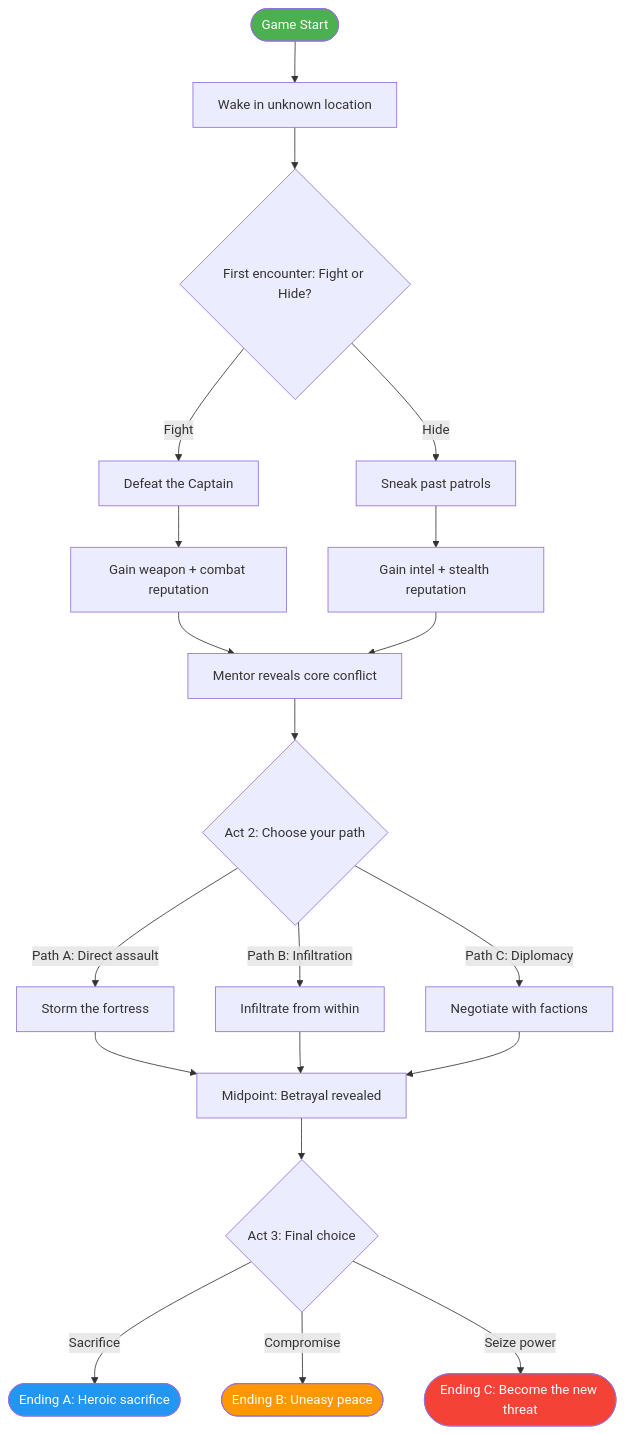
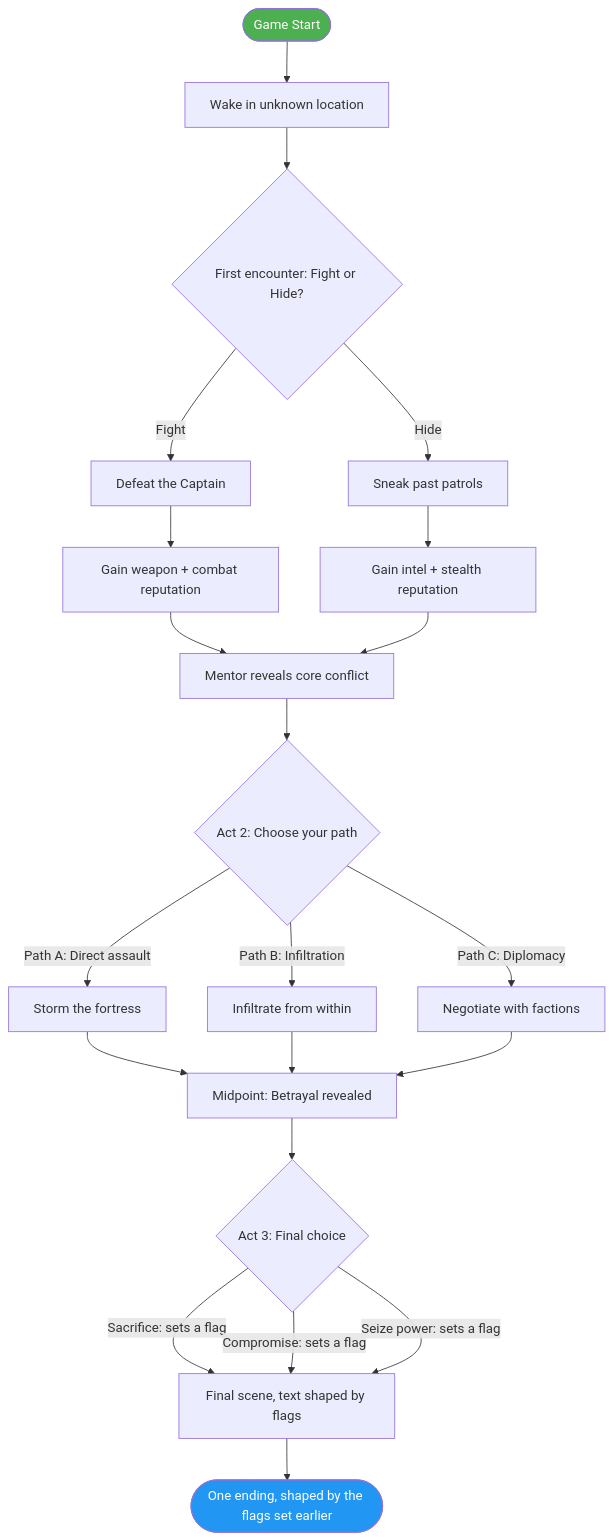
Before and after one commit to fcsouza/agent-skills: the diagram in skills/story-structure-game/templates/branching-diagram.md, drawn with Mermaid. The commit also changed other lines of this file and 53 other files, not shown here.

````diff
--- a/skills/story-structure-game/templates/branching-diagram.md
+++ b/skills/story-structure-game/templates/branching-diagram.md
@@ -11,38 +11,37 @@
 ```mermaid
 flowchart TD
     START([Game Start]) --> BEAT_001[Wake in unknown location]
     BEAT_001 --> BEAT_002{First encounter: Fight or Hide?}
 
     %% Branch: Fight
     BEAT_002 -->|Fight| BEAT_002A[Defeat the Captain]
     BEAT_002A --> BEAT_002A_R[Gain weapon + combat reputation]
 
     %% Branch: Hide
     BEAT_002 -->|Hide| BEAT_002B[Sneak past patrols]
     BEAT_002B --> BEAT_002B_R[Gain intel + stealth reputation]
 
     %% Merge point
     BEAT_002A_R --> BEAT_003[Mentor reveals core conflict]
     BEAT_002B_R --> BEAT_003
 
     BEAT_003 --> ACT2{Act 2: Choose your path}
 
     ACT2 -->|Path A: Direct assault| ACT2_A[Storm the fortress]
     ACT2 -->|Path B: Infiltration| ACT2_B[Infiltrate from within]
     ACT2 -->|Path C: Diplomacy| ACT2_C[Negotiate with factions]
 
     ACT2_A --> MIDPOINT[Midpoint: Betrayal revealed]
     ACT2_B --> MIDPOINT
     ACT2_C --> MIDPOINT
 
     MIDPOINT --> ACT3{Act 3: Final choice}
-    ACT3 -->|Sacrifice| ENDING_A([Ending A: Heroic sacrifice])
-    ACT3 -->|Compromise| ENDING_B([Ending B: Uneasy peace])
-    ACT3 -->|Seize power| ENDING_C([Ending C: Become the new threat])
+    ACT3 -->|Sacrifice: sets a flag| FINALE[Final scene, text shaped by flags]
+    ACT3 -->|Compromise: sets a flag| FINALE
+    ACT3 -->|Seize power: sets a flag| FINALE
+    FINALE --> ENDING([One ending, shaped by the flags set earlier])
 
     %% Styling
     style START fill:#4CAF50,color:#fff
-    style ENDING_A fill:#2196F3,color:#fff
-    style ENDING_B fill:#FF9800,color:#fff
-    style ENDING_C fill:#f44336,color:#fff
+    style ENDING fill:#2196F3,color:#fff
 ```
````
